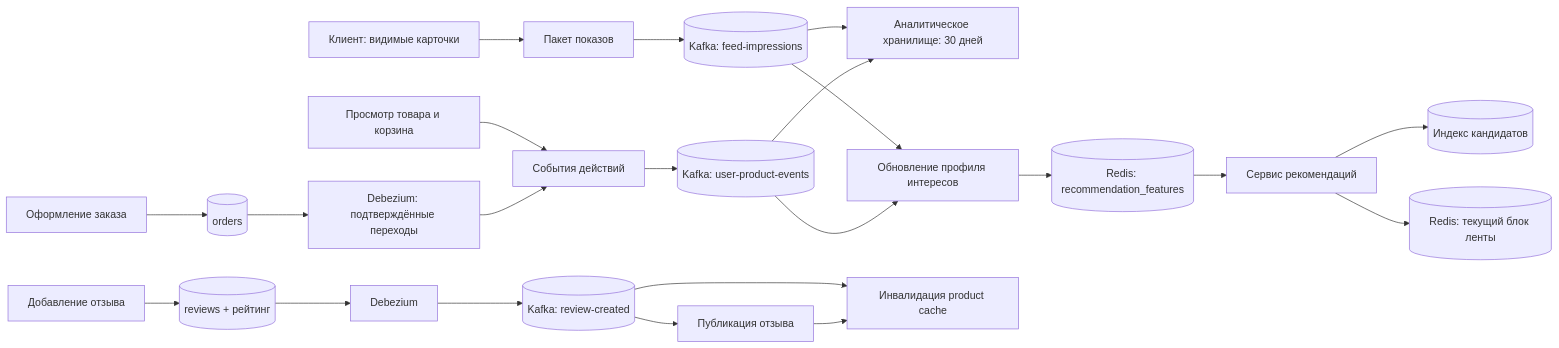
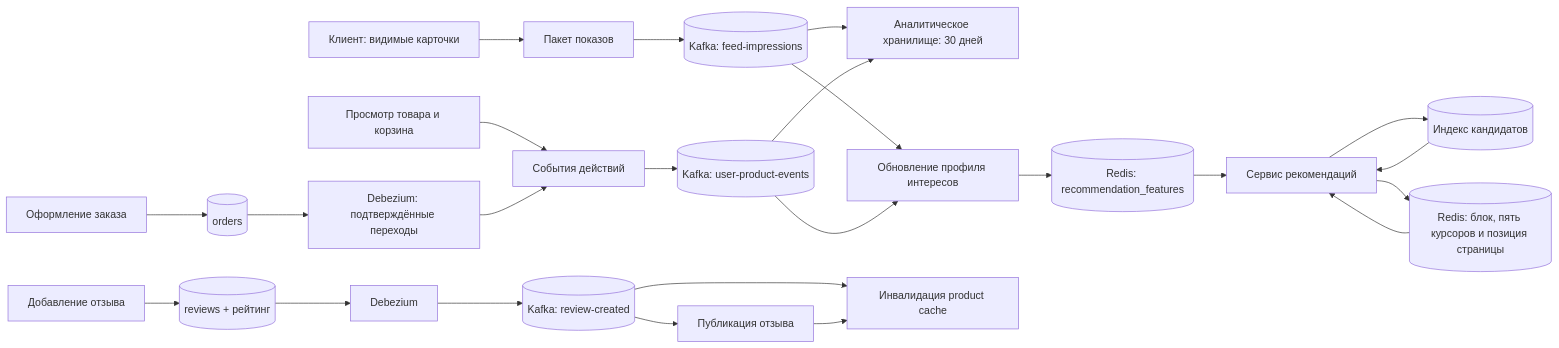
The fourth of 9 diagrams in README.md (amklimenkov752/tp_highload_2026), drawn with Mermaid before and after one commit. The commit also changed other lines of this file, not shown here.

````diff
--- a/README.md
+++ b/README.md
@@ -830,25 +830,27 @@
 ```mermaid
 flowchart LR
     UI[Клиент: видимые карточки] --> TE[Пакет показов]
     A[Просмотр товара и корзина] --> UE[События действий]
     O[Оформление заказа] --> OB[(orders)]
     OB --> CDC[Debezium: подтверждённые переходы]
     CDC --> UE
     TE --> E[(Kafka: feed-impressions)]
     UE --> EV[(Kafka: user-product-events)]
     E --> AN[Аналитическое хранилище: 30 дней]
     EV --> AN
     E --> FC[Обновление профиля интересов]
     EV --> FC
     FC --> KV[(Redis: recommendation_features)]
     KV --> RS[Сервис рекомендаций]
     RS --> FI[(Индекс кандидатов)]
-    RS --> FE[(Redis: текущий блок ленты)]
+    FI --> RS
+    RS --> FE[(Redis: блок, пять курсоров и позиция страницы)]
+    FE --> RS
 
     R[Добавление отзыва] --> DB[(reviews + рейтинг)]
     DB --> RCDC[Debezium]
     RCDC --> RE[(Kafka: review-created)]
     RE --> RP[Публикация отзыва]
     RE --> PC[Инвалидация product cache]
     RP --> PC
 ```
````
